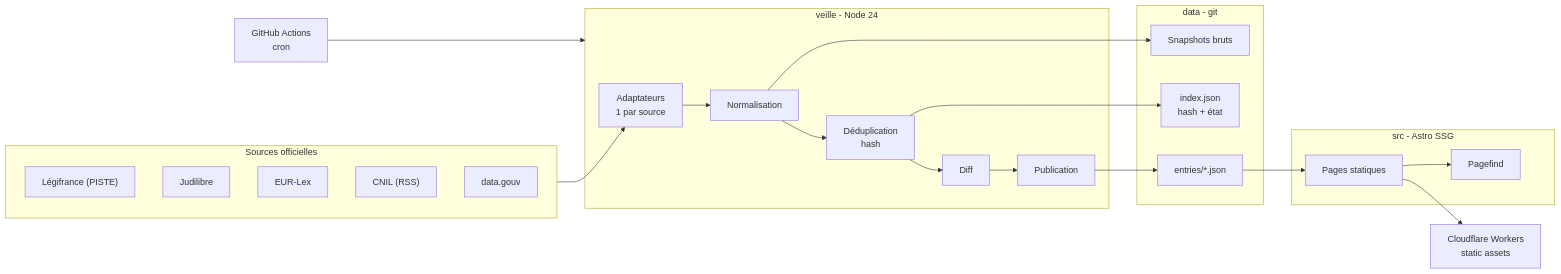
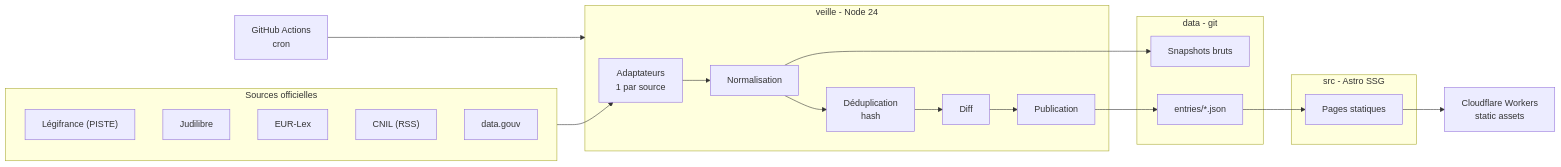
The diagram in aidd_docs/INSTALL.md (Beccariavf/vitrine), drawn with Mermaid before and after one commit. The commit also changed other lines of this file and 2 other files, not shown here.

````diff
--- a/aidd_docs/INSTALL.md
+++ b/aidd_docs/INSTALL.md
@@ -45,42 +45,38 @@
 ```mermaid
 flowchart LR
   subgraph SRC["Sources officielles"]
     L["Légifrance (PISTE)"]
     J["Judilibre"]
     E["EUR-Lex"]
     C["CNIL (RSS)"]
     D["data.gouv"]
   end
 
   subgraph PIPE["veille - Node 24"]
     A["Adaptateurs<br/>1 par source"]
     N["Normalisation"]
     U["Déduplication<br/>hash"]
     F["Diff"]
     PUB["Publication"]
   end
 
   subgraph DATA["data - git"]
     R["Snapshots bruts"]
-    I["index.json<br/>hash + état"]
     EN["entries/*.json"]
   end
 
   subgraph SITE["src - Astro SSG"]
     P["Pages statiques"]
-    Q["Pagefind"]
   end
 
   GH["GitHub Actions<br/>cron"] --> PIPE
   SRC --> A
   A --> N
   N --> R
   N --> U
-  U --> I
   U --> F
   F --> PUB
   PUB --> EN
   EN --> P
-  P --> Q
   P --> W["Cloudflare Workers<br/>static assets"]
 ```
````
